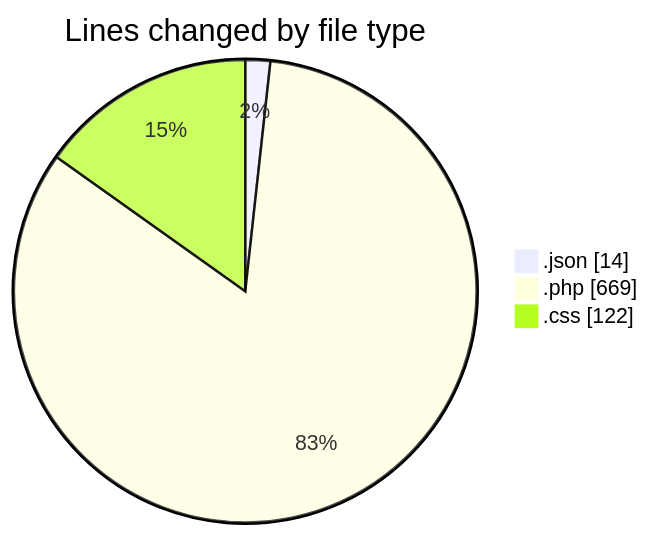
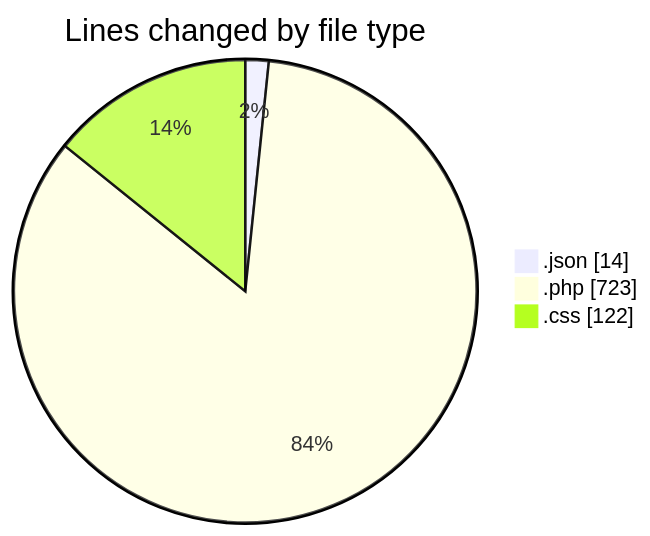
The first of 2 diagrams in 2026-07-27/untitled__workspace_/README.md (debugP/code-tracking), drawn with Mermaid before and after one commit. The commit also changed other lines of this file and 1 other file, not shown here.

````diff
--- a/2026-07-27/untitled__workspace_/README.md
+++ b/2026-07-27/untitled__workspace_/README.md
@@ -23,7 +23,7 @@
 ```mermaid
 pie showData
 title Lines changed by file type
 ".json" : 14
-".php" : 669
+".php" : 723
 ".css" : 122
 ```
````
